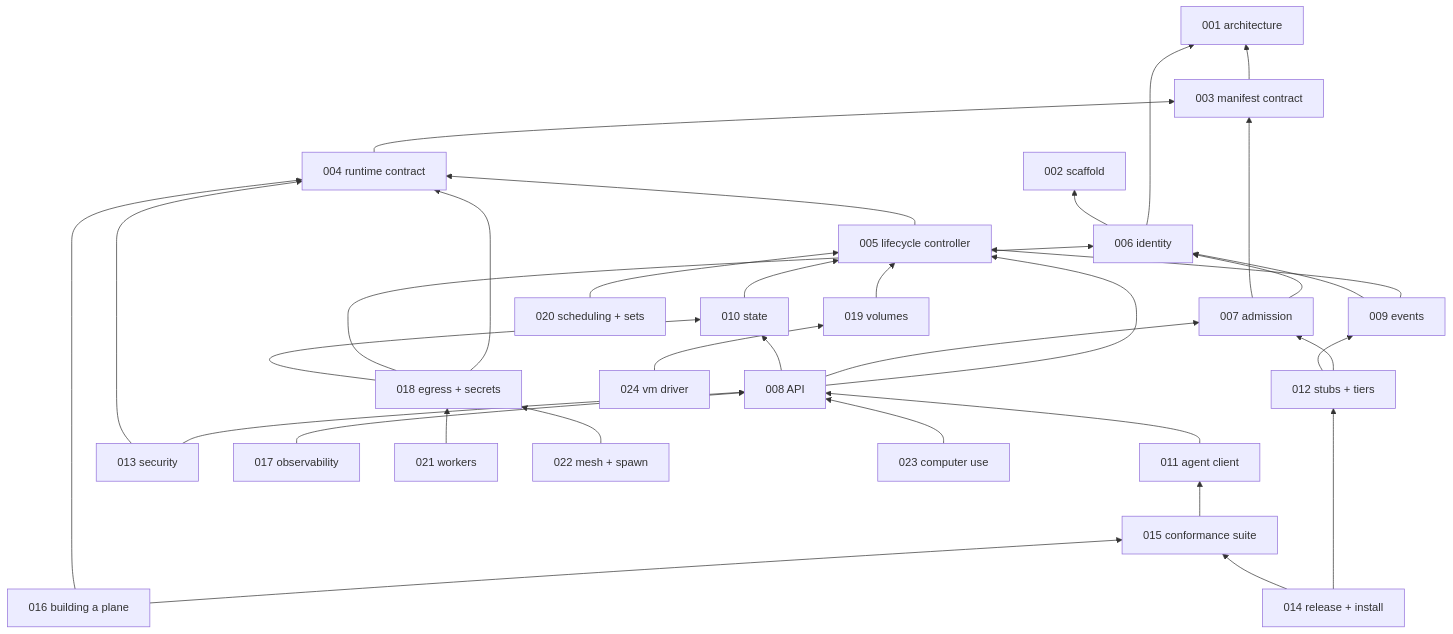
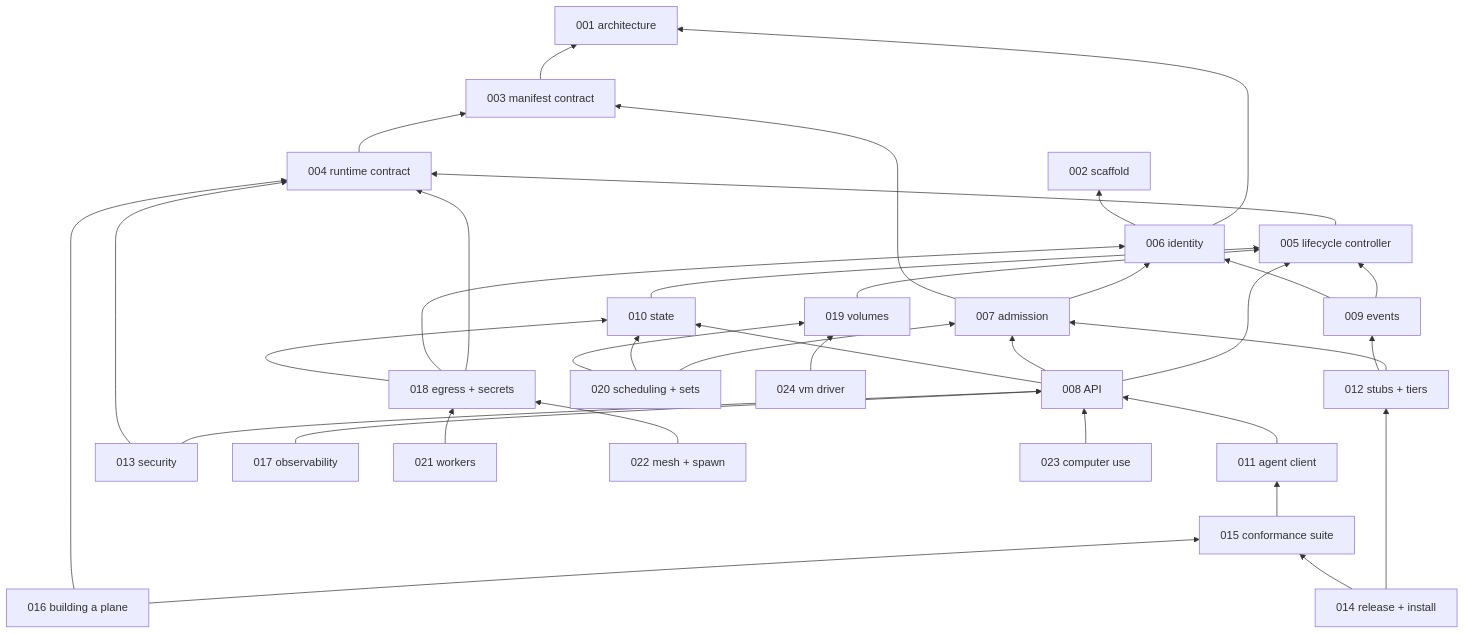
The second of 2 diagrams in specs/README.md (latere-ai/cella), drawn with Mermaid before and after one commit. The commit also changed other lines of this file and 8 other files, not shown here.

````diff
--- a/specs/README.md
+++ b/specs/README.md
@@ -82,60 +82,62 @@
 ```mermaid
 flowchart BT
   S001[001 architecture]
   S002[002 scaffold]
   S003[003 manifest contract]
   S004[004 runtime contract]
   S005[005 lifecycle controller]
   S006[006 identity]
   S007[007 admission]
   S008[008 API]
   S009[009 events]
   S010[010 state]
   S011[011 agent client]
   S012[012 stubs + tiers]
   S013[013 security]
   S014[014 release + install]
   S015[015 conformance suite]
   S016[016 building a plane]
   S017[017 observability]
   S018[018 egress + secrets]
   S019[019 volumes]
   S020[020 scheduling + sets]
   S021[021 workers]
   S022[022 mesh + spawn]
   S023[023 computer use]
   S024[024 vm driver]
   S003 --> S001
   S004 --> S003
   S005 --> S004
   S006 --> S001
   S006 --> S002
   S007 --> S006
   S007 --> S003
   S008 --> S005
   S008 --> S007
   S008 --> S010
   S009 --> S005
   S009 --> S006
   S010 --> S005
   S011 --> S008
   S012 --> S007
   S012 --> S009
   S013 --> S008
   S013 --> S004
   S014 --> S012
   S014 --> S015
   S015 --> S011
   S016 --> S015
   S016 --> S004
   S017 --> S008
   S018 --> S004
   S018 --> S006
   S018 --> S010
   S019 --> S005
-  S020 --> S005
+  S020 --> S007
+  S020 --> S010
+  S020 --> S019
   S021 --> S018
   S022 --> S018
   S023 --> S008
   S024 --> S019
 ```
````
